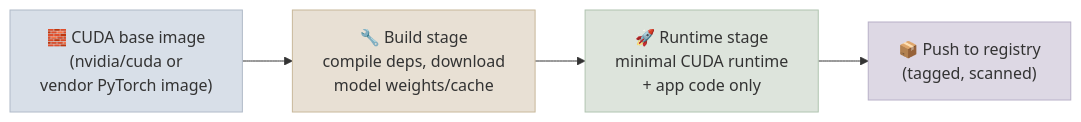
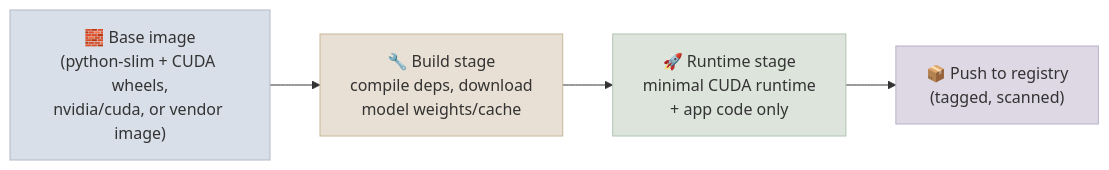
One commit to sundante/sun-course-genai changed the diagram in src/content/08-Production-Engineering/Notes/01-Docker-for-GPU-Inference.mdx. Above: the diagram before and after it, drawn with Mermaid. The commit also changed other lines of this file and 13 other files, not shown here.

````diff
--- a/src/content/08-Production-Engineering/Notes/01-Docker-for-GPU-Inference.mdx
+++ b/src/content/08-Production-Engineering/Notes/01-Docker-for-GPU-Inference.mdx
@@ -19,11 +30,11 @@
 ```mermaid
 flowchart LR
-    Base["🧱 CUDA base image\n(nvidia/cuda or\nvendor PyTorch image)"] --> Build["🔧 Build stage\ncompile deps, download\nmodel weights/cache"]
+    Base["🧱 Base image\n(python-slim + CUDA wheels,\nnvidia/cuda, or vendor image)"] --> Build["🔧 Build stage\ncompile deps, download\nmodel weights/cache"]
     Build --> Runtime["🚀 Runtime stage\nminimal CUDA runtime\n+ app code only"]
     Runtime --> Registry["📦 Push to registry\n(tagged, scanned)"]
 
     style Base fill:#d8dfe8,stroke:#b0bac8
     style Build fill:#e8e0d4,stroke:#c8b89a
     style Runtime fill:#dde4dc,stroke:#b0c4b0
     style Registry fill:#ddd8e4,stroke:#b8b0c8
 ```
````
